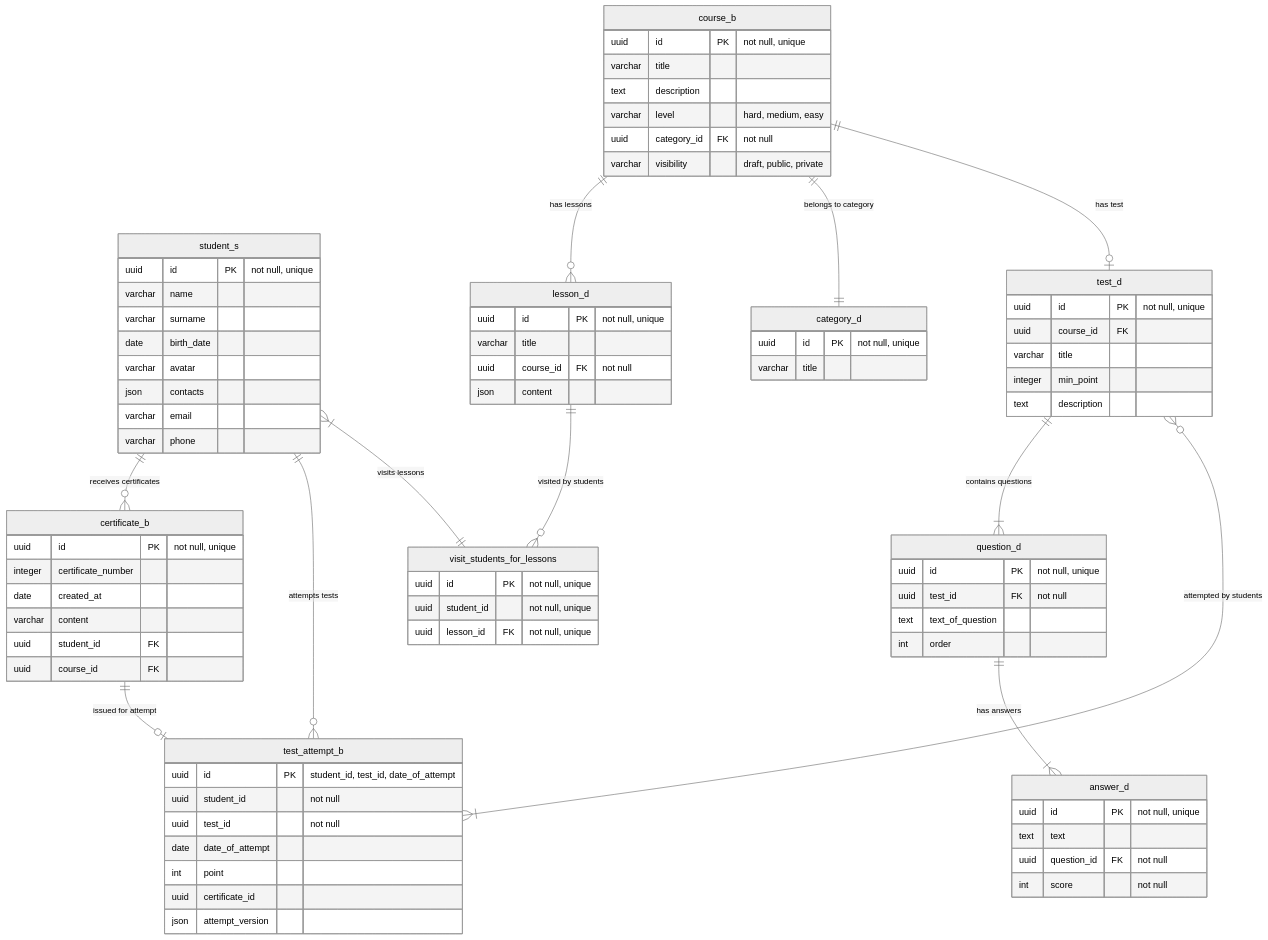
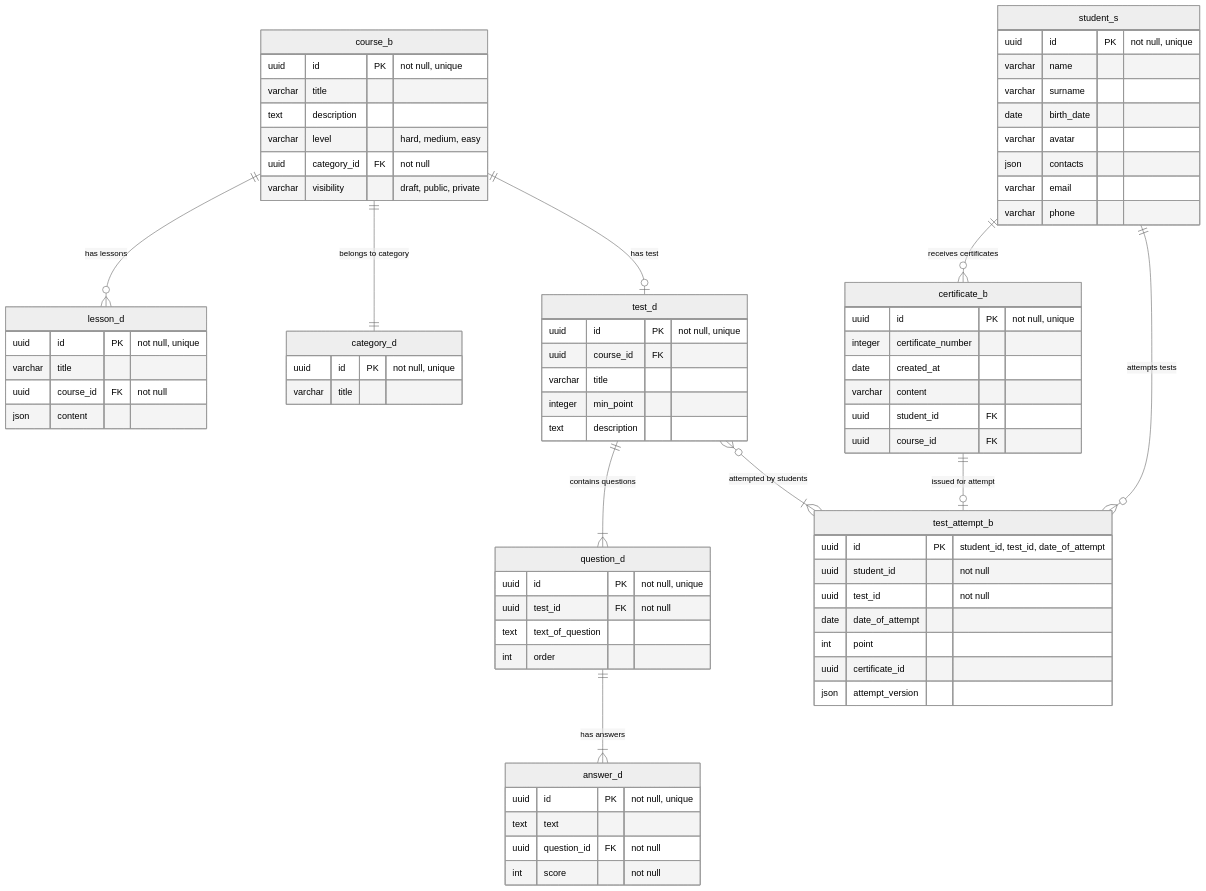
Before and after one commit to TaurineMerge/LMS_Tages: the diagram in docs/content/er-diagram.md, drawn with Mermaid (neutral theme). The commit also changed 84 other files, not shown here.

Commit message:
Добавлены диаграммы в админ-панель, публичную часть, тестинг - закрыты все, кроме одной flowchart, обновлена общая er-диаграмма и в ЛК добавлены все оставшиеся диаграммы

```diff
--- a/docs/content/er-diagram.md
+++ b/docs/content/er-diagram.md
@@ -80,12 +80,6 @@
         json attempt_version
     }
     
-    visit_students_for_lessons {
-        uuid id PK "not null, unique"
-        uuid student_id "not null, unique"
-        uuid lesson_id FK "not null, unique"
-    }
-    
     course_b ||--o{ lesson_d : "has lessons"
     course_b ||--|| category_d : "belongs to category"
     course_b ||--o| test_d : "has test"
@@ -93,8 +87,6 @@
     question_d ||--|{ answer_d : "has answers"
     student_s ||--o{ certificate_b : "receives certificates"
     student_s ||--o{ test_attempt_b : "attempts tests"
-    student_s }|--|| visit_students_for_lessons : "visits lessons"
-    lesson_d ||--o{ visit_students_for_lessons : "visited by students"
     test_d }o--|{ test_attempt_b : "attempted by students"
     certificate_b ||--o| test_attempt_b : "issued for attempt"
 
```
